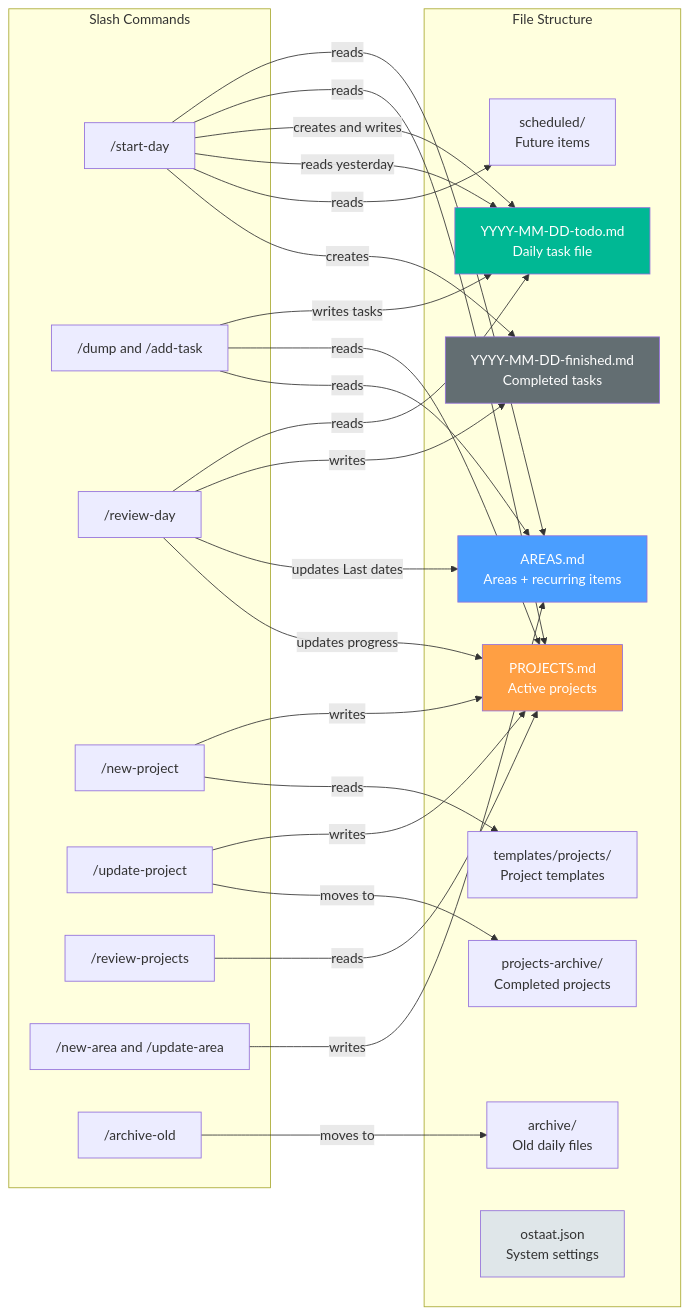
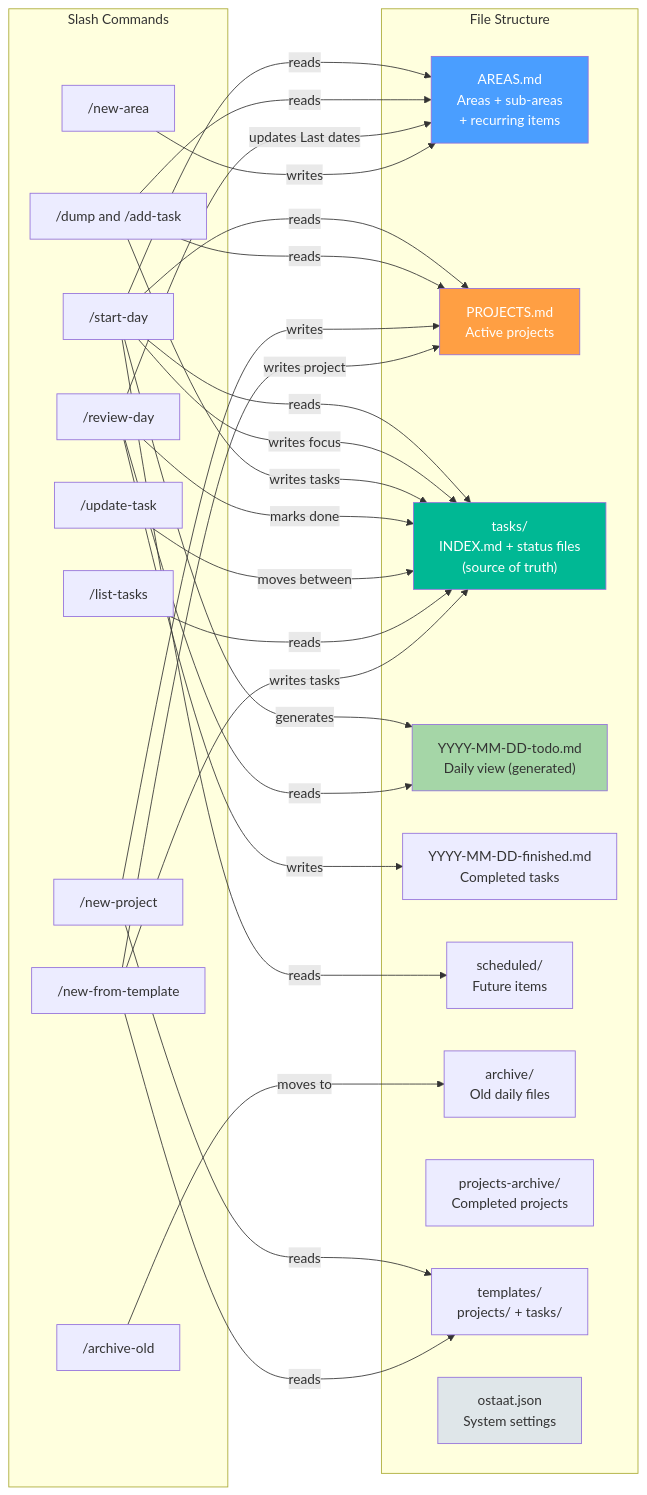
The fifth of 5 diagrams in docs/SYSTEM-ARCHITECTURE.md (OneAngryDBA/one-step-at-a-time), drawn with Mermaid before and after one commit. The commit also changed other lines of this file and 37 other files, not shown here.

First line of the commit message:
v4.0.0: Persistent task store, templates, area hierarchy (Phase 1)

````diff
--- a/docs/SYSTEM-ARCHITECTURE.md
+++ b/docs/SYSTEM-ARCHITECTURE.md
@@ -241,57 +326,61 @@
 ```mermaid
 flowchart LR
     subgraph Files["File Structure"]
-        AREAS["AREAS.md\nAreas + recurring items"]
+        AREAS["AREAS.md\nAreas + sub-areas\n+ recurring items"]
         PROJECTS["PROJECTS.md\nActive projects"]
-        TODO["YYYY-MM-DD-todo.md\nDaily task file"]
+        STORE["tasks/\nINDEX.md + status files\n(source of truth)"]
+        TODO["YYYY-MM-DD-todo.md\nDaily view (generated)"]
         FINISHED["YYYY-MM-DD-finished.md\nCompleted tasks"]
         SCHED["scheduled/\nFuture items"]
         ARCHIVE["archive/\nOld daily files"]
         PROJARCH["projects-archive/\nCompleted projects"]
-        TEMPLATES["templates/projects/\nProject templates"]
+        TEMPLATES["templates/\nprojects/ + tasks/"]
         CONFIG["ostaat.json\nSystem settings"]
     end
 
     subgraph Commands["Slash Commands"]
         SD["/start-day"]
         DMP["/dump and /add-task"]
         RD["/review-day"]
+        UT["/update-task"]
+        LT["/list-tasks"]
         NP["/new-project"]
-        UP["/update-project"]
-        RP["/review-projects"]
-        NA["/new-area and /update-area"]
+        NFT["/new-from-template"]
+        NA["/new-area"]
         AO["/archive-old"]
     end
 
+    SD -->|"reads"| STORE
     SD -->|"reads"| AREAS
     SD -->|"reads"| PROJECTS
-    SD -->|"creates and writes"| TODO
-    SD -->|"reads yesterday"| TODO
     SD -->|"reads"| SCHED
+    SD -->|"generates"| TODO
+    SD -->|"writes focus"| STORE
 
-    DMP -->|"writes tasks"| TODO
+    DMP -->|"writes tasks"| STORE
     DMP -->|"reads"| PROJECTS
     DMP -->|"reads"| AREAS
 
     RD -->|"reads"| TODO
+    RD -->|"marks done"| STORE
     RD -->|"writes"| FINISHED
     RD -->|"updates Last dates"| AREAS
-    RD -->|"updates progress"| PROJECTS
+
+    UT -->|"moves between"| STORE
+    LT -->|"reads"| STORE
 
     NP -->|"writes"| PROJECTS
     NP -->|"reads"| TEMPLATES
-    UP -->|"writes"| PROJECTS
-    UP -->|"moves to"| PROJARCH
-    RP -->|"reads"| PROJECTS
+    NFT -->|"reads"| TEMPLATES
+    NFT -->|"writes tasks"| STORE
+    NFT -->|"writes project"| PROJECTS
 
     NA -->|"writes"| AREAS
     AO -->|"moves to"| ARCHIVE
 
-    SD -->|"creates"| FINISHED
-
+    style STORE fill:#00b894,color:#fff
     style AREAS fill:#4a9eff,color:#fff
     style PROJECTS fill:#ff9f43,color:#fff
-    style TODO fill:#00b894,color:#fff
-    style FINISHED fill:#636e72,color:#fff
+    style TODO fill:#a5d6a7,color:#333
     style CONFIG fill:#dfe6e9,color:#333
 ```
````
